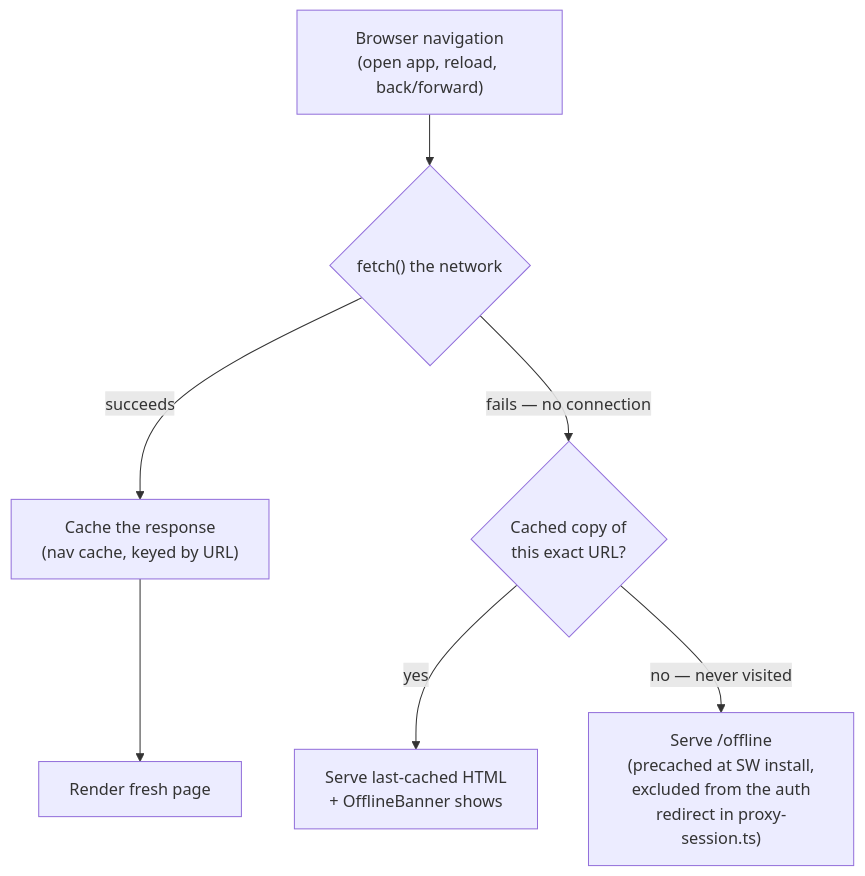
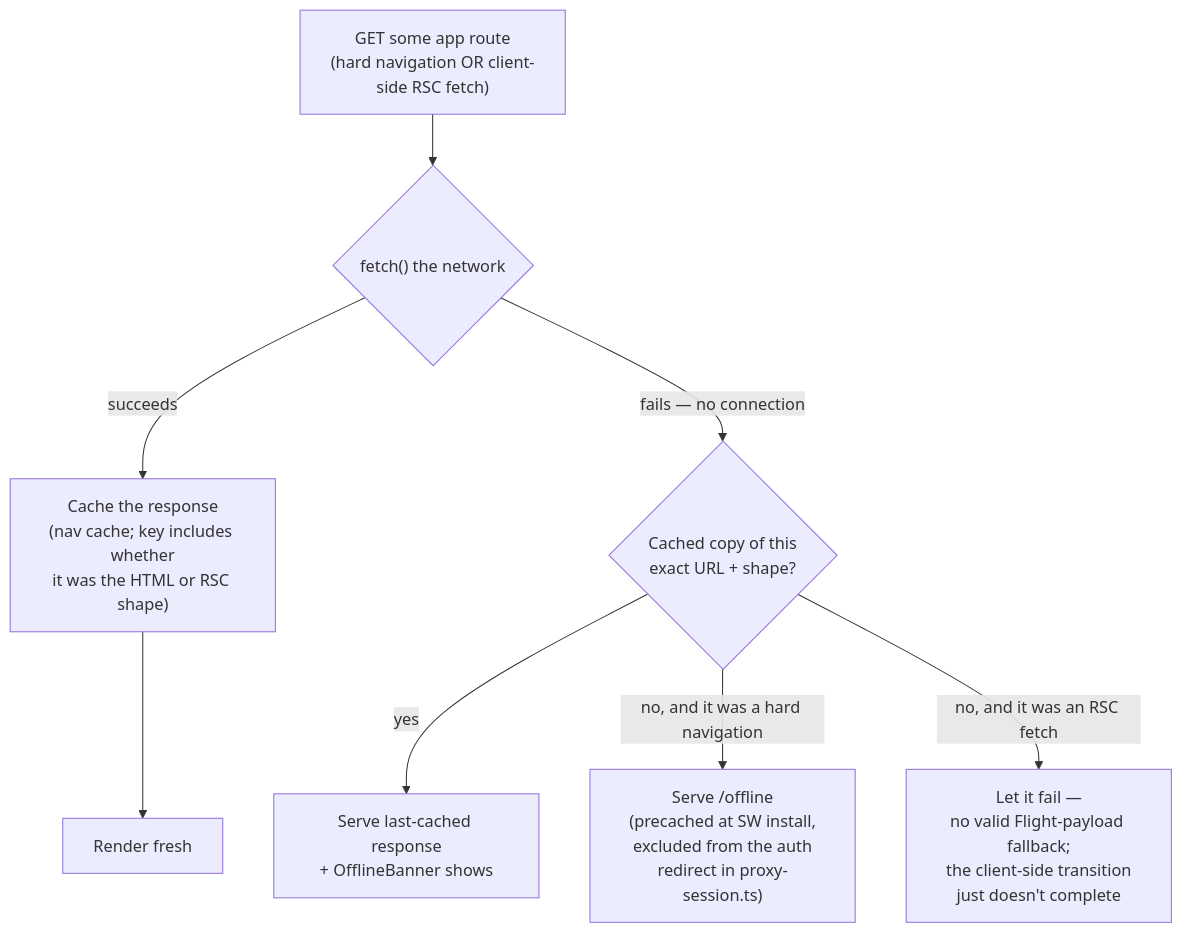
The second of 3 diagrams in docs/architecture.md (nielsvantslot/Birava), drawn with Mermaid before and after one commit. The commit also changed other lines of this file and 1 other file, not shown here.

````diff
--- a/docs/architecture.md
+++ b/docs/architecture.md
@@ -87,8 +89,9 @@
 ```mermaid
 flowchart TD
-    Nav["Browser navigation<br/>(open app, reload, back/forward)"] --> Fetch{"fetch() the network"}
-    Fetch -->|succeeds| Store["Cache the response<br/>(nav cache, keyed by URL)"] --> Render["Render fresh page"]
-    Fetch -->|fails — no connection| Lookup{"Cached copy of<br/>this exact URL?"}
-    Lookup -->|yes| Stale["Serve last-cached HTML<br/>+ OfflineBanner shows"]
-    Lookup -->|no — never visited| Offline["Serve /offline<br/>(precached at SW install,<br/>excluded from the auth<br/>redirect in proxy-session.ts)"]
+    Req["GET some app route<br/>(hard navigation OR client-side RSC fetch)"] --> Fetch{"fetch() the network"}
+    Fetch -->|succeeds| Store["Cache the response<br/>(nav cache; key includes whether<br/>it was the HTML or RSC shape)"] --> Render["Render fresh"]
+    Fetch -->|fails — no connection| Lookup{"Cached copy of this<br/>exact URL + shape?"}
+    Lookup -->|yes| Stale["Serve last-cached response<br/>+ OfflineBanner shows"]
+    Lookup -->|"no, and it was a hard navigation"| Offline["Serve /offline<br/>(precached at SW install,<br/>excluded from the auth<br/>redirect in proxy-session.ts)"]
+    Lookup -->|"no, and it was an RSC fetch"| Fail["Let it fail —<br/>no valid Flight-payload fallback;<br/>the client-side transition<br/>just doesn't complete"]
 ```
````
